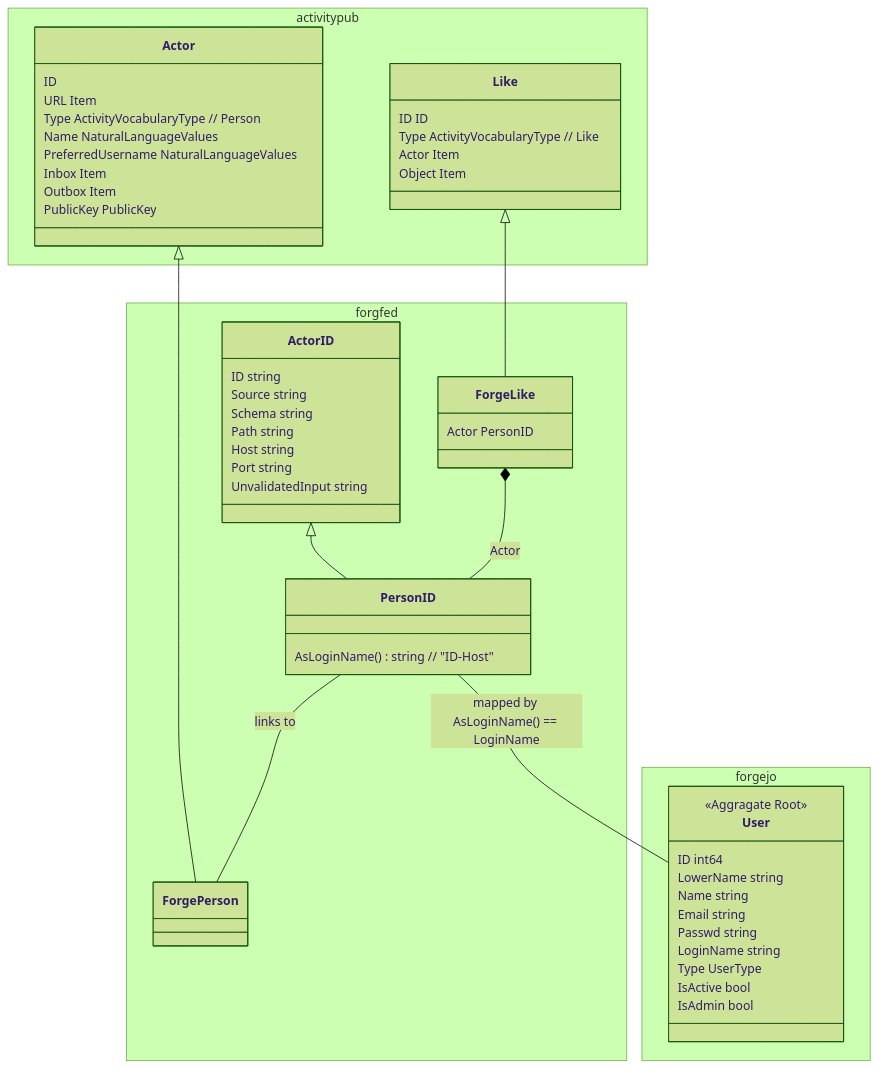
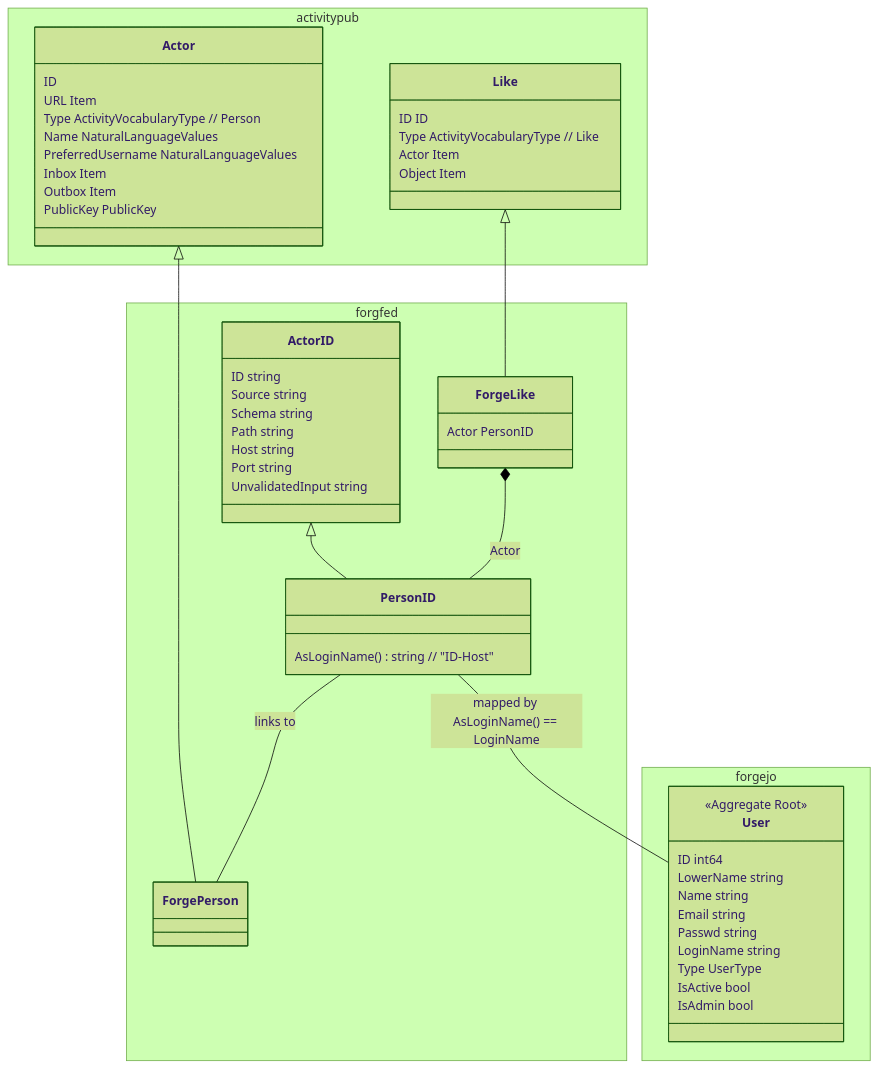
One commit to yonasBSD/forgejo changed the first of 4 diagrams in docs/unsure-where-to-put/adr-map-federated-person.md. Above: the diagram before and after it, drawn with Mermaid (forest theme). The commit also changed other lines of this file and 1 other file, not shown here.

````diff
--- a/docs/unsure-where-to-put/adr-map-federated-person.md
+++ b/docs/unsure-where-to-put/adr-map-federated-person.md
@@ -69,64 +69,64 @@
 ```mermaid
 classDiagram
   namespace activitypub {
     class Like {
       ID ID
       Type ActivityVocabularyType // Like
       Actor Item
       Object Item
     }
     class Actor {
       ID
       URL Item
       Type ActivityVocabularyType // Person
       Name NaturalLanguageValues
       PreferredUsername NaturalLanguageValues
       Inbox Item
       Outbox Item
       PublicKey PublicKey
     }
   }
   namespace forgfed {
     class ForgePerson {
     }
     class ForgeLike {
       Actor PersonID
     }
     class ActorID {
       ID               string
       Source           string
       Schema           string
       Path             string
       Host             string
       Port             string
       UnvalidatedInput string
     }
     class PersonID {
       AsLoginName() string // "ID-Host"
     }
   }
 
   namespace forgejo {
     class User {
-      <<Aggragate Root>>
+      <<Aggregate Root>>
       ID        int64 
       LowerName string
       Name      string
       Email     string
       Passwd    string
       LoginName   string
       Type        UserType
       IsActive bool
       IsAdmin bool
     }
   }
 
   Actor <|-- ForgePerson
   Like <|-- ForgeLike
   ActorID <|-- PersonID
 
   ForgeLike *-- PersonID: Actor
 
   PersonID -- User: mapped by AsLoginName() == LoginName
   PersonID -- ForgePerson: links to
 ```
````
